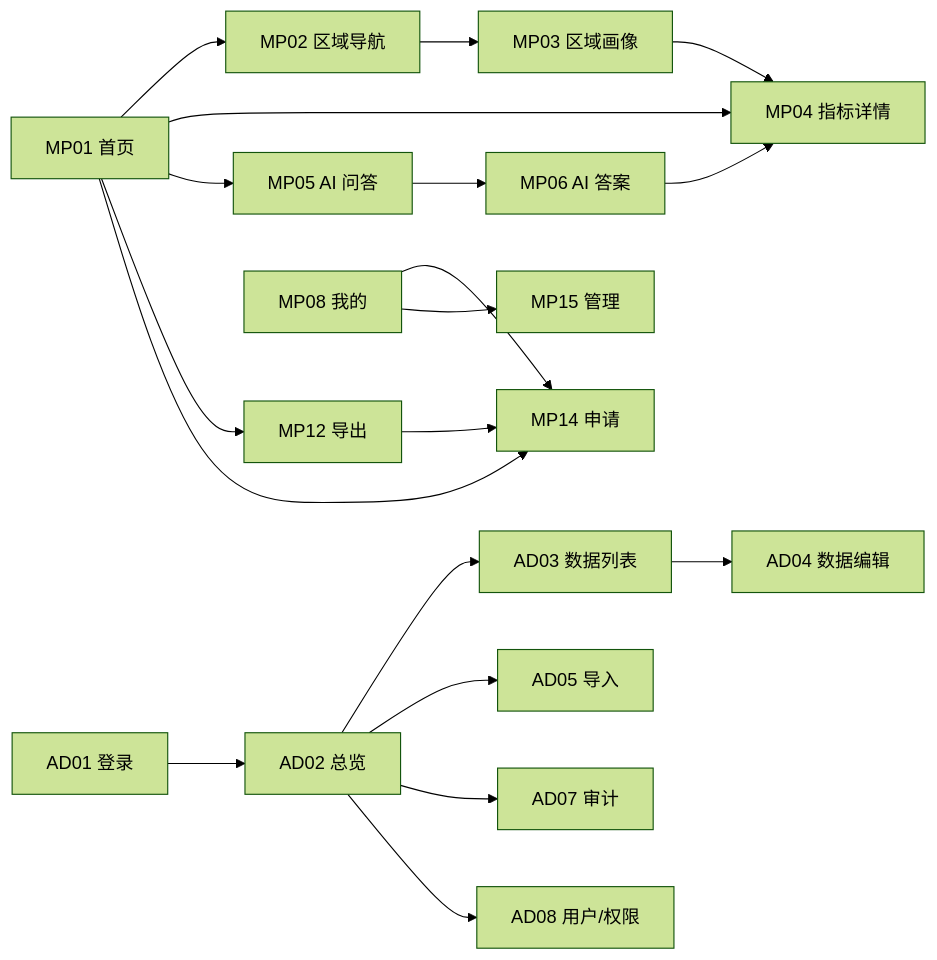
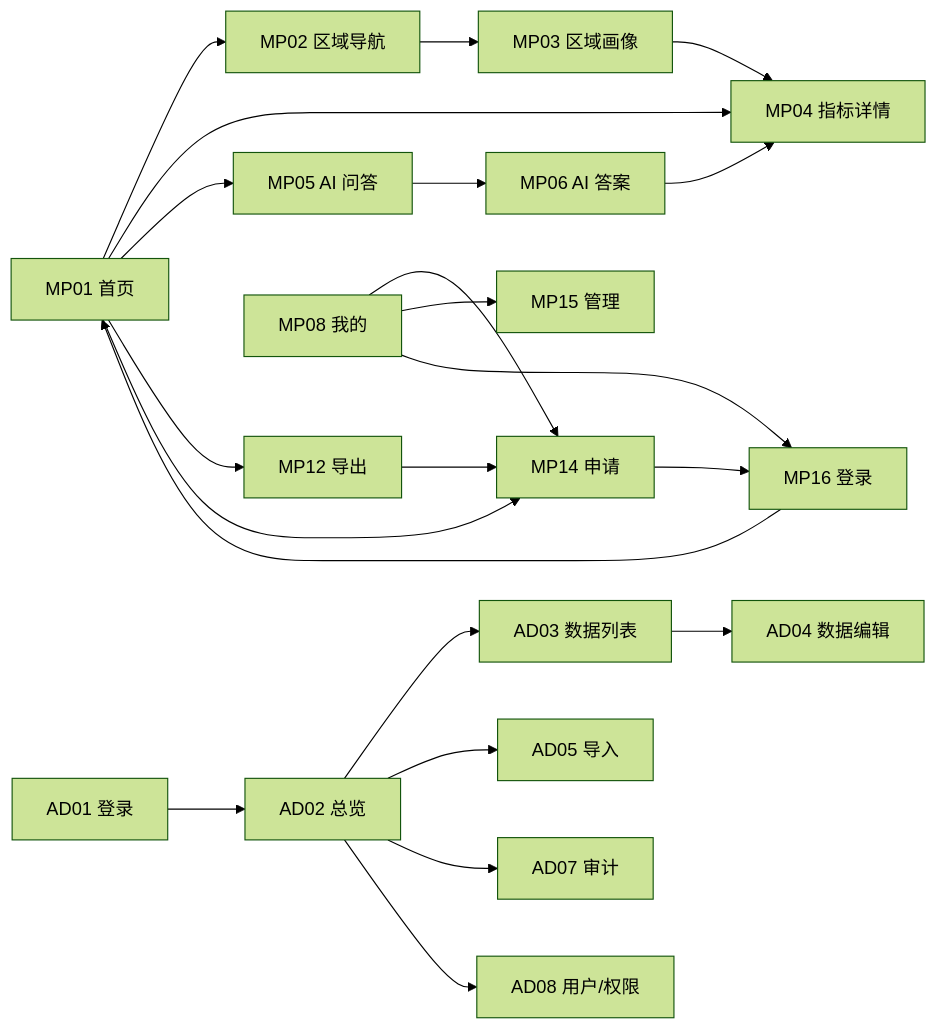
The diagram in docs/product/06-page-design-v2.md (plmt3742/IJieDong), drawn with Mermaid (forest theme) before and after one commit. The commit also changed other lines of this file and 15 other files, not shown here.

````diff
--- a/docs/product/06-page-design-v2.md
+++ b/docs/product/06-page-design-v2.md
@@ -77,21 +78,24 @@
 ```mermaid
 flowchart LR
   MP01[MP01 首页] --> MP02[MP02 区域导航]
   MP01 --> MP04[MP04 指标详情]
   MP01 --> MP05[MP05 AI 问答]
   MP01 --> MP12[MP12 导出]
   MP01 --> MP14[MP14 申请]
   MP02 --> MP03[MP03 区域画像]
   MP03 --> MP04
   MP05 --> MP06[MP06 AI 答案]
   MP06 --> MP04
   MP08[MP08 我的] --> MP14
   MP08 --> MP15[MP15 管理]
+  MP08 --> MP16[MP16 登录]
+  MP14 --> MP16
+  MP16 --> MP01
   MP12 --> MP14
   AD01[AD01 登录] --> AD02[AD02 总览]
   AD02 --> AD03[AD03 数据列表]
   AD02 --> AD05[AD05 导入]
   AD02 --> AD07[AD07 审计]
   AD02 --> AD08[AD08 用户/权限]
   AD03 --> AD04[AD04 数据编辑]
 ```
````
